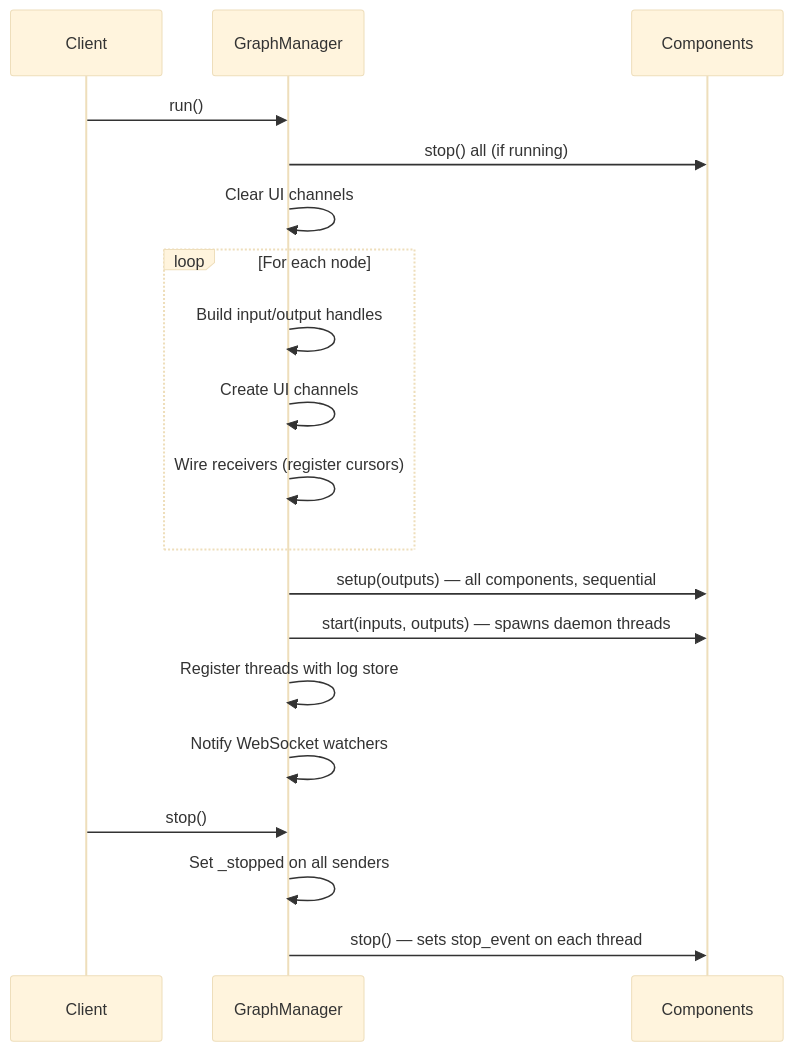
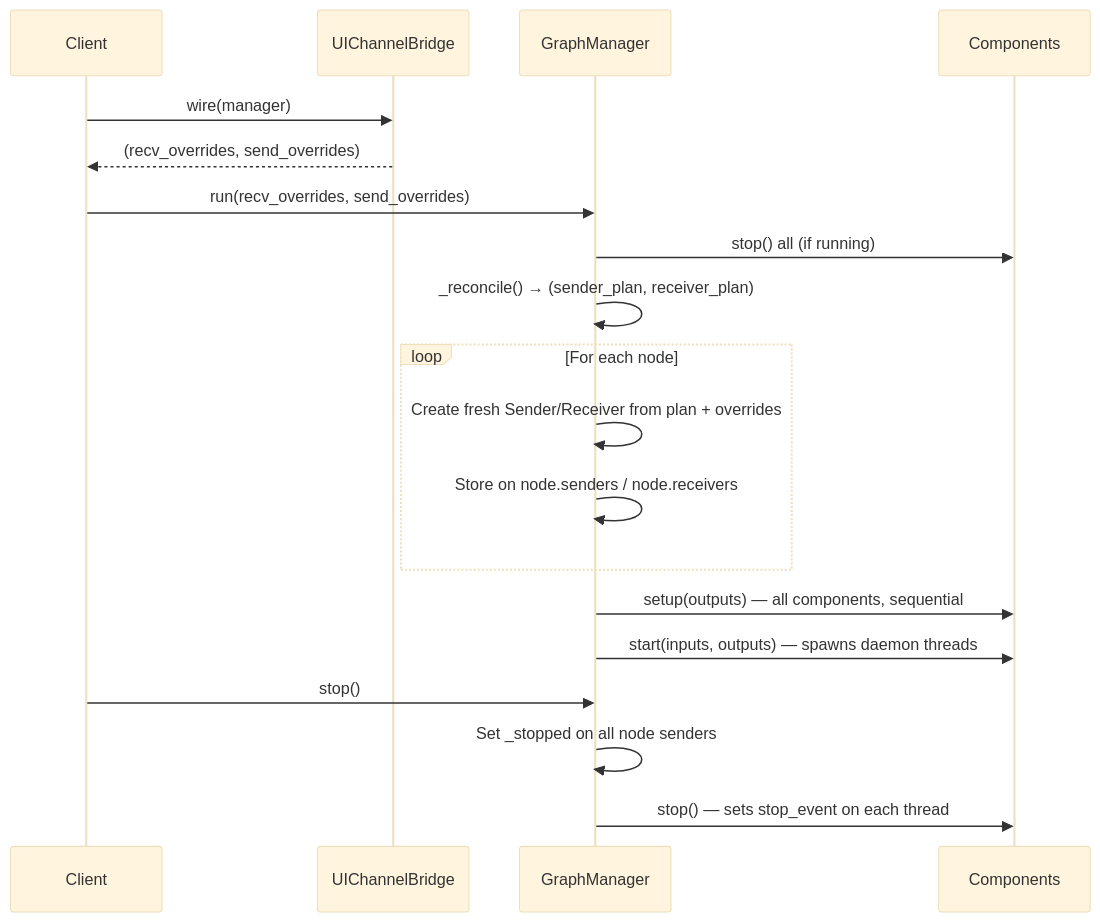
The eighth of 13 diagrams in DEVELOPER.md (Project-NEURIA/OpenNeuro), drawn with Mermaid (base theme) before and after one commit. The commit also changed other lines of this file, not shown here.

First line of the commit message:
docs: update DEVELOPER.md for three-layer architecture and UI bridge

````diff
--- a/DEVELOPER.md
+++ b/DEVELOPER.md
@@ -297,23 +312,23 @@
 ```mermaid
 sequenceDiagram
     participant Client
+    participant Bridge as UIChannelBridge
     participant GM as GraphManager
     participant Comp as Components
 
-    Client->>GM: run()
+    Client->>Bridge: wire(manager)
+    Bridge-->>Client: (recv_overrides, send_overrides)
+    Client->>GM: run(recv_overrides, send_overrides)
     GM->>Comp: stop() all (if running)
-    GM->>GM: Clear UI channels
+    GM->>GM: _reconcile() → (sender_plan, receiver_plan)
     loop For each node
-        GM->>GM: Build input/output handles
-        GM->>GM: Create UI channels
-        GM->>GM: Wire receivers (register cursors)
+        GM->>GM: Create fresh Sender/Receiver from plan + overrides
+        GM->>GM: Store on node.senders / node.receivers
     end
     GM->>Comp: setup(outputs) — all components, sequential
     GM->>Comp: start(inputs, outputs) — spawns daemon threads
-    GM->>GM: Register threads with log store
-    GM->>GM: Notify WebSocket watchers
 
     Client->>GM: stop()
-    GM->>GM: Set _stopped on all senders
+    GM->>GM: Set _stopped on all node senders
     GM->>Comp: stop() — sets stop_event on each thread
 ```
````
